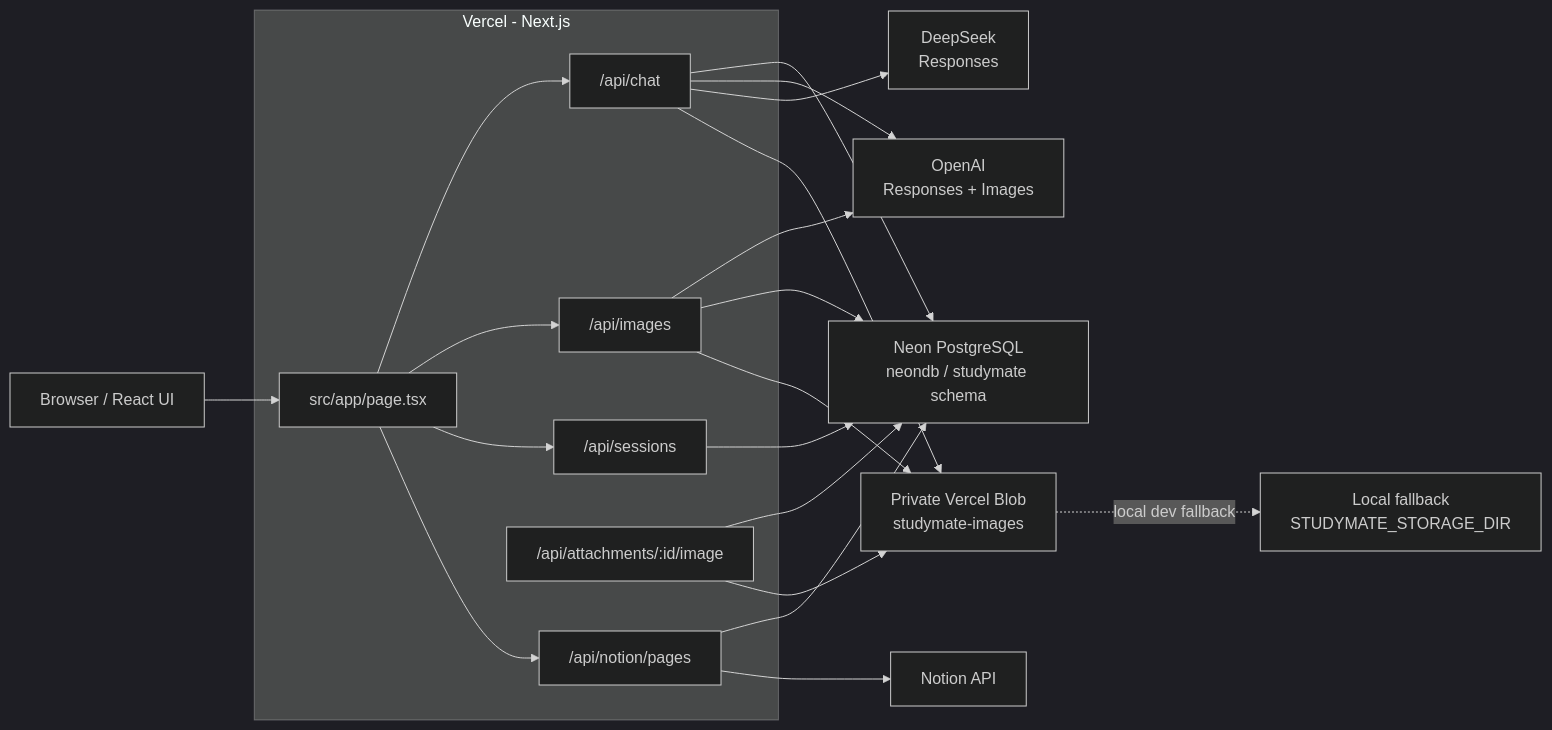
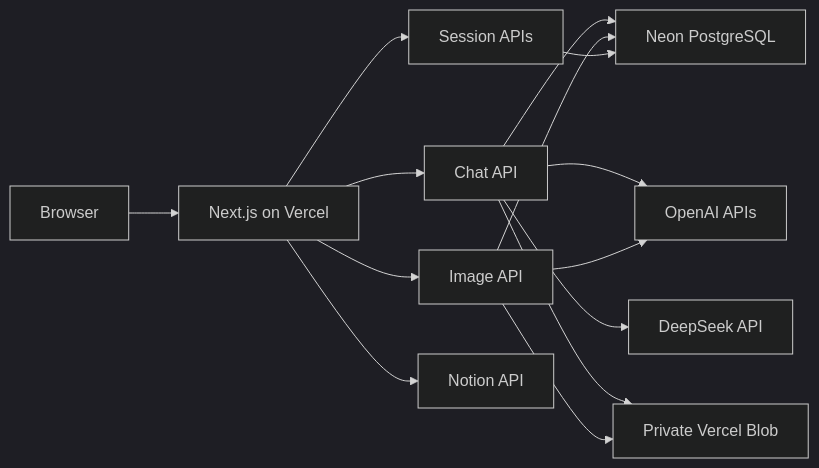
Before and after one commit to kakumine2001/NoteFable: the diagram in docs/architecture/README.md, drawn with Mermaid (dark theme). The commit also changed other lines of this file and 6 other files, not shown here.

Commit message:
docs: consolidate architecture overview and harden Mermaid

````diff
--- a/docs/architecture/README.md
+++ b/docs/architecture/README.md
@@ -25,42 +25,27 @@
 ```mermaid
 flowchart LR
-    U["Browser / React UI"]
+    Browser["Browser"]
+    App["Next.js on Vercel"]
+    Chat["Chat API"]
+    Images["Image API"]
+    Sessions["Session APIs"]
+    Neon["Neon PostgreSQL"]
+    Blob["Private Vercel Blob"]
+    OpenAI["OpenAI APIs"]
+    DeepSeek["DeepSeek API"]
+    Notion["Notion API"]
 
-    subgraph V[Vercel - Next.js]
-      UI["src/app/page.tsx"]
-      CHAT["/api/chat"]
-      IMG["/api/images"]
-      SES["/api/sessions"]
-      ATT["/api/attachments/:id/image"]
-      NOTION["/api/notion/pages"]
-    end
-
-    DB["Neon PostgreSQL<br/>neondb / studymate schema"]
-    OPENAI["OpenAI<br/>Responses + Images"]
-    DEEPSEEK["DeepSeek<br/>Responses"]
-    N["Notion API"]
-    BLOB["Private Vercel Blob<br/>studymate-images"]
-    FS["Local fallback<br/>STUDYMATE_STORAGE_DIR"]
-
-    U --> UI
-    UI --> CHAT
-    UI --> IMG
-    UI --> SES
-    UI --> NOTION
-
-    CHAT --> DB
-    CHAT --> OPENAI
-    CHAT --> DEEPSEEK
-    CHAT --> BLOB
-
-    IMG --> OPENAI
-    IMG --> DB
-    IMG --> BLOB
-
-    SES --> DB
-    ATT --> DB
-    ATT --> BLOB
-    BLOB -. local dev fallback .-> FS
-    NOTION --> DB
-    NOTION --> N
+    Browser --> App
+    App --> Chat
+    App --> Images
+    App --> Sessions
+    Chat --> Neon
+    Chat --> OpenAI
+    Chat --> DeepSeek
+    Chat --> Blob
+    Images --> OpenAI
+    Images --> Neon
+    Images --> Blob
+    Sessions --> Neon
+    App --> Notion
 ```
````
